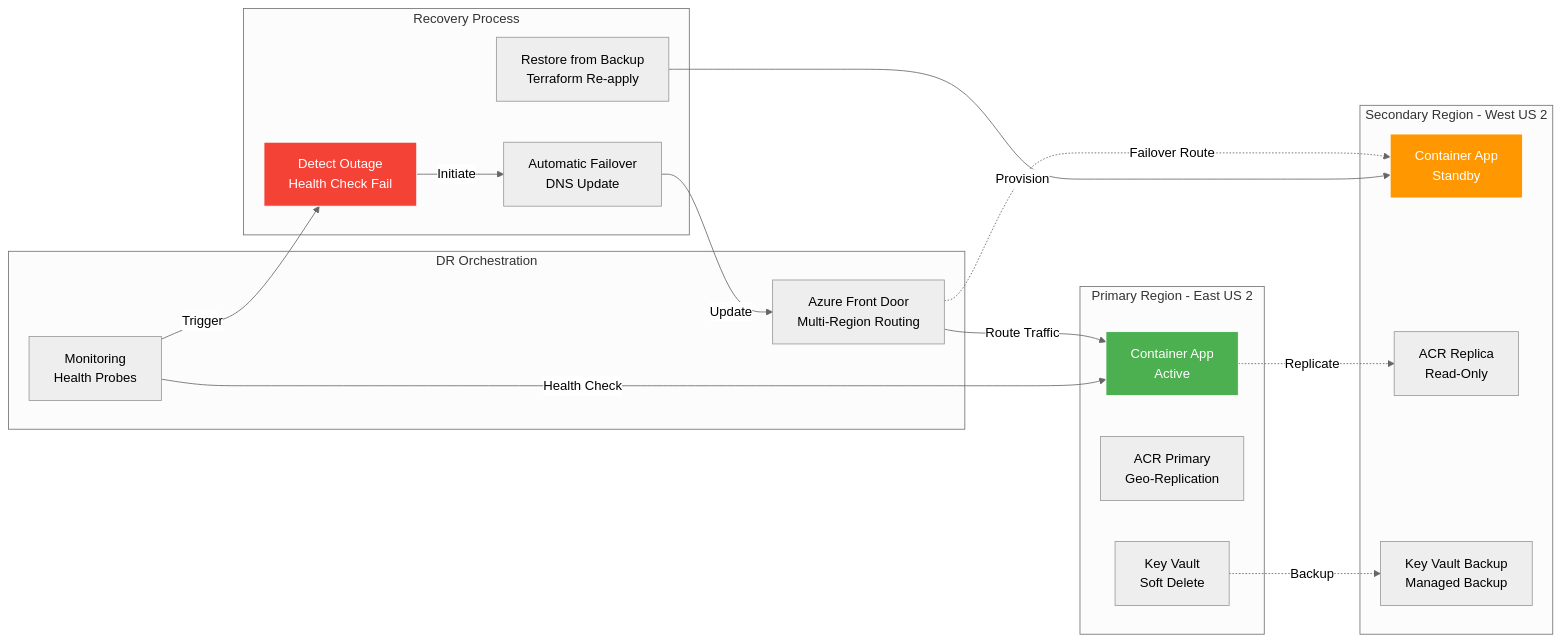
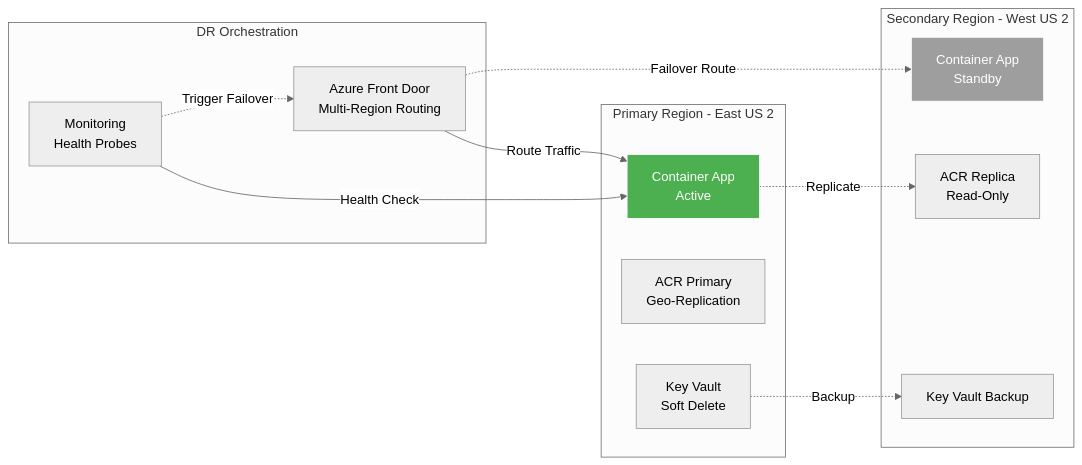
One commit to sachajw/career-pollinate-assessment changed the seventh of 7 diagrams in documentation/architecture/architecture-diagram.md. Above: the diagram before and after it, drawn with Mermaid (neutral theme). The commit also changed other lines of this file and 10 other files, not shown here.

Commit message:
📦 REFACTOR: remove architecture summary

````diff
--- a/documentation/architecture/architecture-diagram.md
+++ b/documentation/architecture/architecture-diagram.md
@@ -357,39 +309,29 @@
 ```mermaid
 graph LR
     subgraph "Primary Region - East US 2"
         PRIMARY[Container App<br/>Active]
         ACR_PRIMARY[ACR Primary<br/>Geo-Replication]
         KV_PRIMARY[Key Vault<br/>Soft Delete]
     end
 
     subgraph "Secondary Region - West US 2"
         SECONDARY[Container App<br/>Standby]
         ACR_SECONDARY[ACR Replica<br/>Read-Only]
-        KV_BACKUP[Key Vault Backup<br/>Managed Backup]
+        KV_BACKUP[Key Vault Backup]
     end
 
     subgraph "DR Orchestration"
         AFD_DR[Azure Front Door<br/>Multi-Region Routing]
         MONITOR[Monitoring<br/>Health Probes]
     end
 
-    subgraph "Recovery Process"
-        DETECT[Detect Outage<br/>Health Check Fail]
-        FAILOVER[Automatic Failover<br/>DNS Update]
-        RESTORE[Restore from Backup<br/>Terraform Re-apply]
-    end
-
     PRIMARY -.->|Replicate| ACR_SECONDARY
     KV_PRIMARY -.->|Backup| KV_BACKUP
     AFD_DR -->|Route Traffic| PRIMARY
     AFD_DR -.->|Failover Route| SECONDARY
     MONITOR -->|Health Check| PRIMARY
-    MONITOR -->|Trigger| DETECT
-    DETECT -->|Initiate| FAILOVER
-    FAILOVER -->|Update| AFD_DR
-    RESTORE -->|Provision| SECONDARY
+    MONITOR -.->|Trigger Failover| AFD_DR
 
     style PRIMARY fill:#4caf50,stroke:#fff,color:#fff
-    style SECONDARY fill:#ff9800,stroke:#fff,color:#fff
-    style DETECT fill:#f44336,stroke:#fff,color:#fff
+    style SECONDARY fill:#9e9e9e,stroke:#fff,color:#fff
 ```
````
